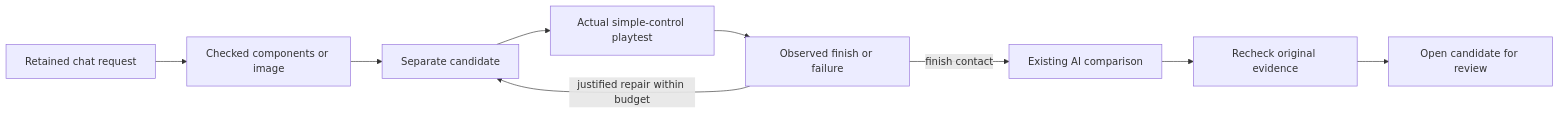
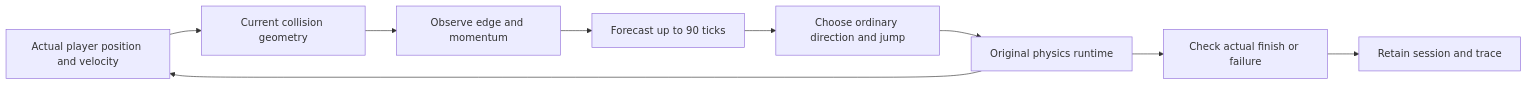
Before and after one commit to eyeoverthink/Fraynix-Agent-Workspace: the diagram in README.md, drawn with Mermaid. The commit also changed other lines of this file and 271 other files, not shown here.

Commit message:
Document edition 116 measured control, shader portability and fresh reference images with actual evidence

````diff
--- a/README.md
+++ b/README.md
@@ -36,11 +55,11 @@
 ```mermaid
 flowchart LR
-  Request[Retained chat request] --> Source[Checked components or image]
-  Source --> Build[Separate candidate]
-  Build --> Trial[Actual simple-control playtest]
-  Trial --> Inspect[Observed finish or failure]
-  Inspect -->|justified repair within budget| Build
-  Inspect -->|finish contact| Compare[Existing AI comparison]
-  Compare --> Verify[Recheck original evidence]
-  Verify --> Review[Open candidate for review]
+    O[Actual player position and velocity] --> G[Current collision geometry]
+    G --> E[Observe edge and momentum]
+    E --> F[Forecast up to 90 ticks]
+    F --> C[Choose ordinary direction and jump]
+    C --> P[Original physics runtime]
+    P --> O
+    P --> V[Check actual finish or failure]
+    V --> H[Retain session and trace]
 ```
````
